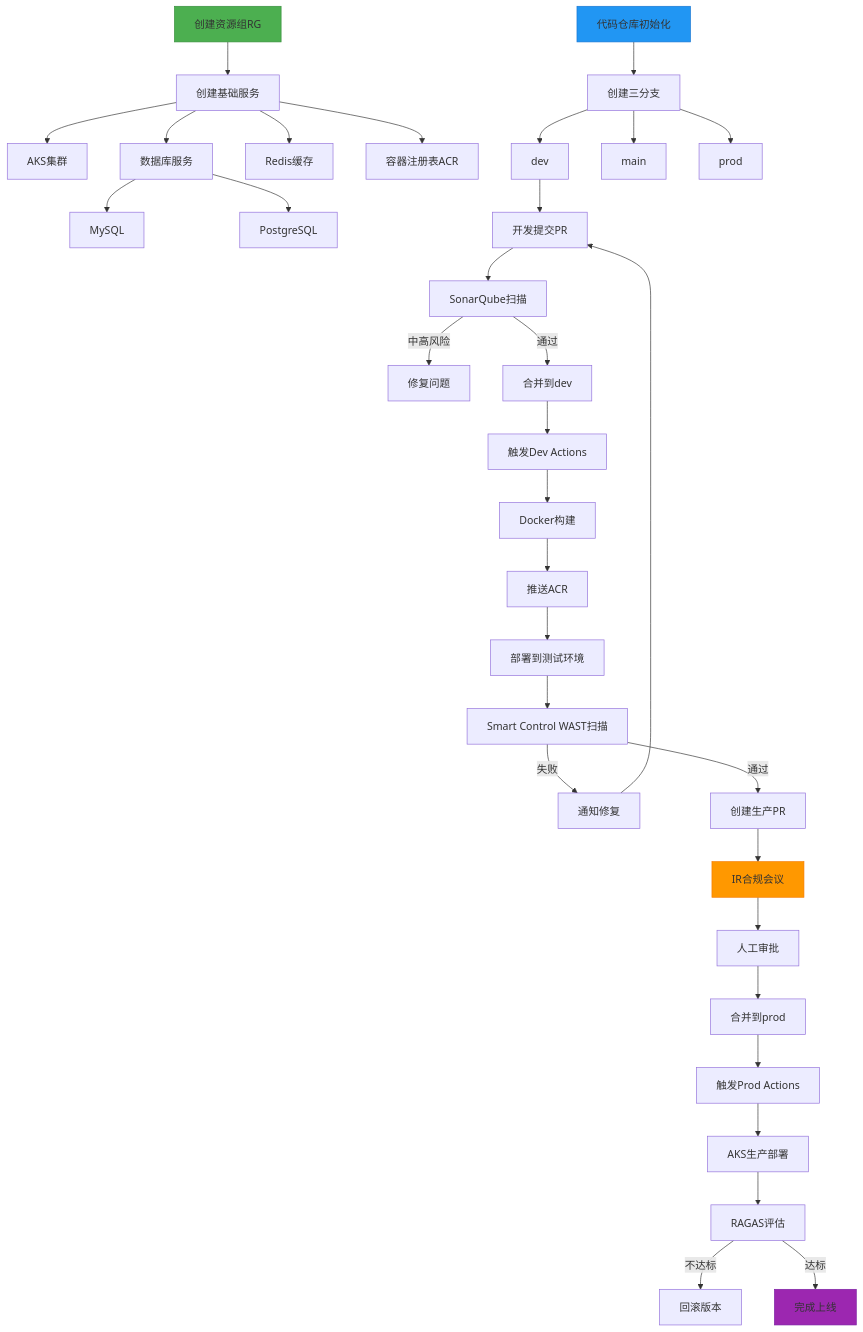
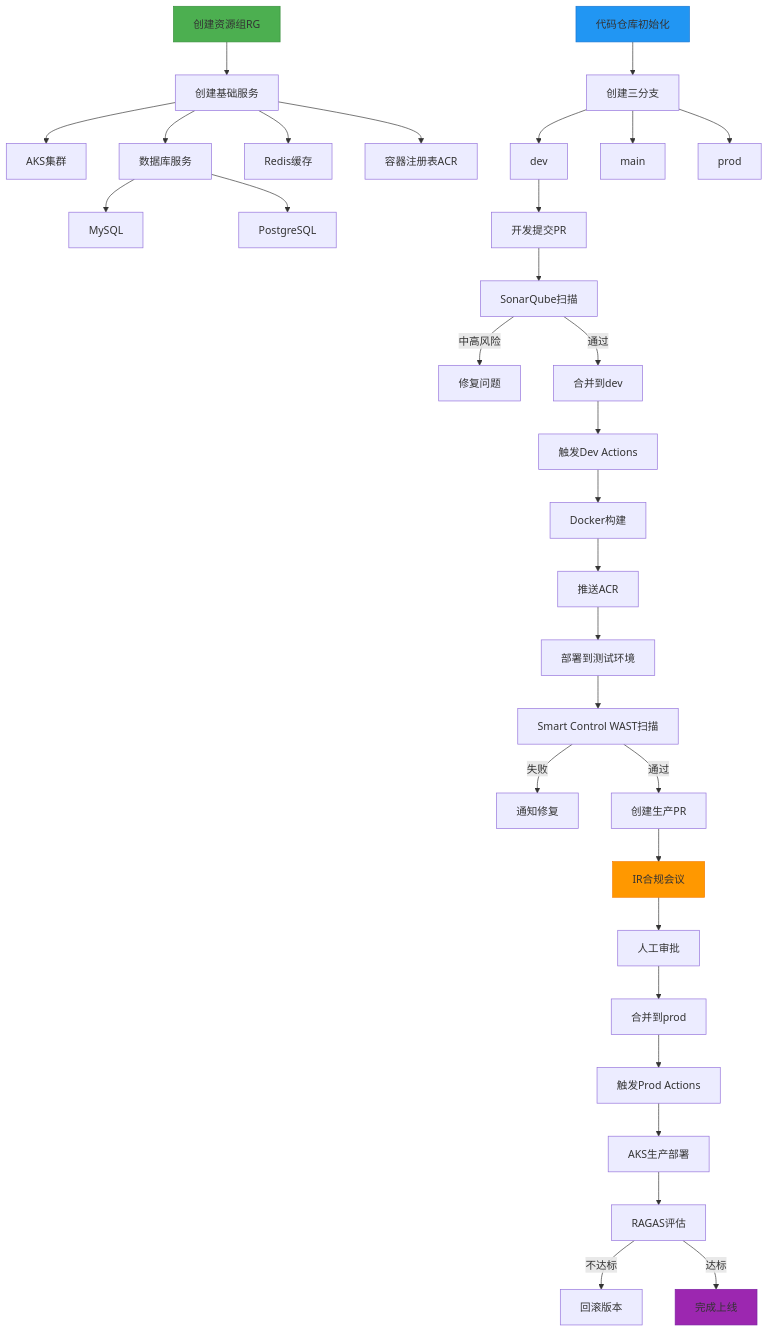
Before and after one commit to funnyData/iodraw-files: the diagram in all/未命名-1.md, drawn with Mermaid.

Commit message:
2025-02-27 01:20:13 update

````diff
--- a/all/未命名-1.md
+++ b/all/未命名-1.md
@@ -1,49 +1,49 @@
 ```mermaid
 graph TD
     A[创建资源组RG] --> B[创建基础服务]
     B --> C[AKS集群]
     B --> D[数据库服务]
     D --> DA[MySQL]
     D --> DB[PostgreSQL]
     B --> E[Redis缓存]
     B --> F[容器注册表ACR]
     
     G[代码仓库初始化] --> H[创建三分支]
     H --> I[dev]
     H --> J[main]
     H --> K[prod]
     
     I --> L[开发提交PR]
     L --> M[SonarQube扫描]
     M -->|中高风险| N[修复问题]
     M -->|通过| O[合并到dev]
     
     O --> P[触发Dev Actions]
     P --> Q[Docker构建]
     Q --> R[推送ACR]
     R --> S[部署到测试环境]
     
     S --> T[Smart Control WAST扫描]
     T -->|失败| U[通知修复]
-    U --> L
+    
     T -->|通过| V[创建生产PR]
     
     V --> W[IR合规会议]
     W --> X[人工审批]
     X --> Y[合并到prod]
     
     Y --> Z[触发Prod Actions]
     Z --> AC[AKS生产部署]
     %% Z --> AA[安全扫描]
     %% AA -->|高风险| AB[终止部署]
     %% AA -->|通过| AC[AKS生产部署]
     
     AC --> AD[RAGAS评估]
     AD -->|不达标| AE[回滚版本]
     AD -->|达标| AF[完成上线]
     
     style A fill:#4CAF50,stroke:#388E3C
     style G fill:#2196F3,stroke:#1976D2
     style W fill:#FF9800,stroke:#F57C00
     style AF fill:#9C27B0,stroke:#7B1FA2
 ```
````
